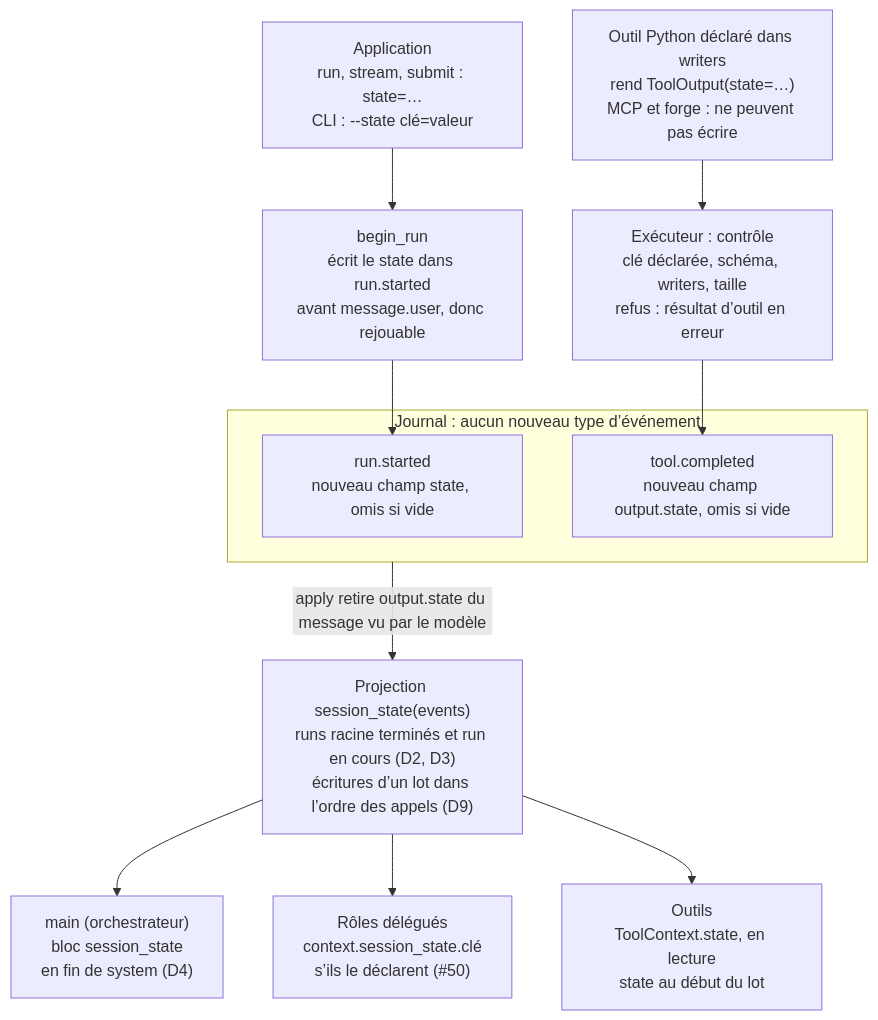
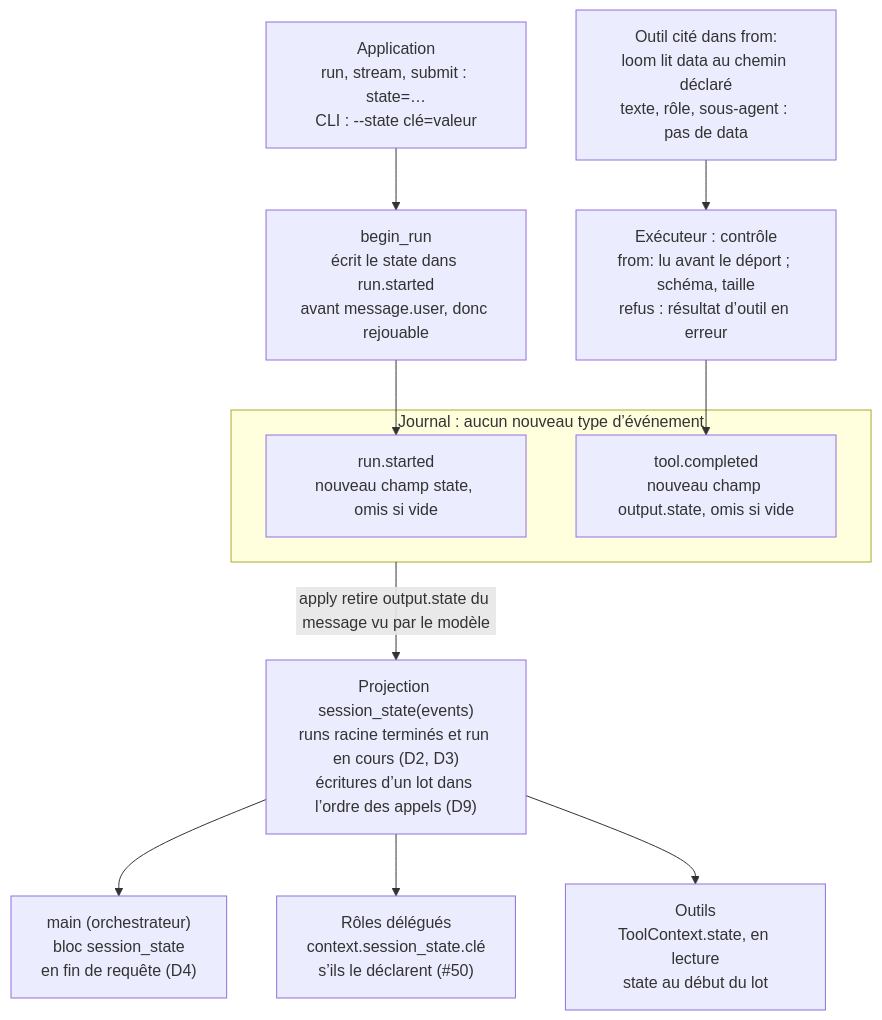
The diagram in docs/state-et-context-analyse.md (denislamard/loom_v2), drawn with Mermaid before and after one commit. The commit also changed other lines of this file and 6 other files, not shown here.

````diff
--- a/docs/state-et-context-analyse.md
+++ b/docs/state-et-context-analyse.md
@@ -116,21 +117,21 @@
 ```mermaid
 flowchart TD
     APP["Application<br/>run, stream, submit : state=…<br/>CLI : --state clé=valeur"]
-    TOOL["Outil Python déclaré dans writers<br/>rend ToolOutput(state=…)<br/>MCP et forge : ne peuvent pas écrire"]
+    TOOL["Outil cité dans from:<br/>loom lit data au chemin déclaré<br/>texte, rôle, sous-agent : pas de data"]
     BEGIN["begin_run<br/>écrit le state dans run.started<br/>avant message.user, donc rejouable"]
-    EXEC["Exécuteur : contrôle<br/>clé déclarée, schéma, writers, taille<br/>refus : résultat d’outil en erreur"]
+    EXEC["Exécuteur : contrôle<br/>from: lu avant le déport ; schéma, taille<br/>refus : résultat d’outil en erreur"]
     subgraph J["Journal : aucun nouveau type d’événement"]
         RS["run.started<br/>nouveau champ state, omis si vide"]
         TC["tool.completed<br/>nouveau champ output.state, omis si vide"]
     end
     PROJ["Projection session_state(events)<br/>runs racine terminés et run en cours (D2, D3)<br/>écritures d’un lot dans l’ordre des appels (D9)"]
-    MAIN["main (orchestrateur)<br/>bloc session_state<br/>en fin de system (D4)"]
+    MAIN["main (orchestrateur)<br/>bloc session_state<br/>en fin de requête (D4)"]
     ROLES["Rôles délégués<br/>context.session_state.clé<br/>s’ils le déclarent (#50)"]
     OUTILS["Outils<br/>ToolContext.state, en lecture<br/>state au début du lot"]
     APP --> BEGIN --> RS
     TOOL --> EXEC --> TC
     J -- "apply retire output.state du message vu par le modèle" --> PROJ
     PROJ --> MAIN
     PROJ --> ROLES
     PROJ --> OUTILS
 ```
````
